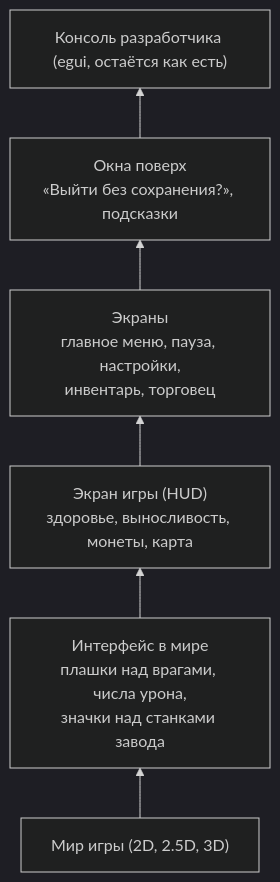
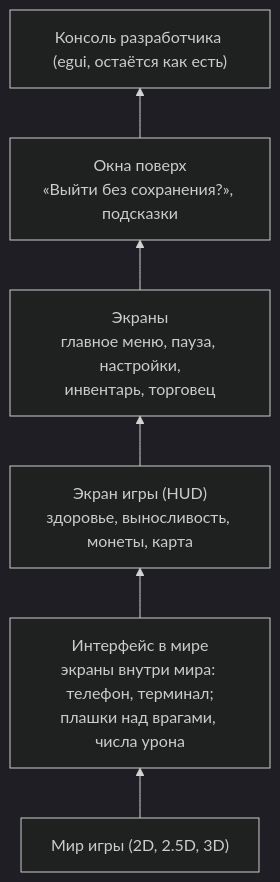
Before and after one commit to Taimurodo-RT/ReyVec_engine: the second of 3 diagrams in docs/game-ui.md, drawn with Mermaid (dark theme). The commit also changed other lines of this file and 1 other file, not shown here.

First line of the commit message:
Интерфейс игры: вид языка как у SwiftUI, экраны внутри мира, ответы Романа

````diff
--- a/docs/game-ui.md
+++ b/docs/game-ui.md
@@ -58,10 +62,10 @@
 ```mermaid
 flowchart BT
     w["Мир игры (2D, 2.5D, 3D)"]
-    ws["Интерфейс в мире<br/>плашки над врагами, числа урона,<br/>значки над станками завода"]
+    ws["Интерфейс в мире<br/>экраны внутри мира: телефон, терминал;<br/>плашки над врагами, числа урона"]
     hud["Экран игры (HUD)<br/>здоровье, выносливость, монеты, карта"]
     scr["Экраны<br/>главное меню, пауза, настройки,<br/>инвентарь, торговец"]
     modal["Окна поверх<br/>«Выйти без сохранения?», подсказки"]
     con["Консоль разработчика (egui, остаётся как есть)"]
     w --> ws --> hud --> scr --> modal --> con
 ```
````
